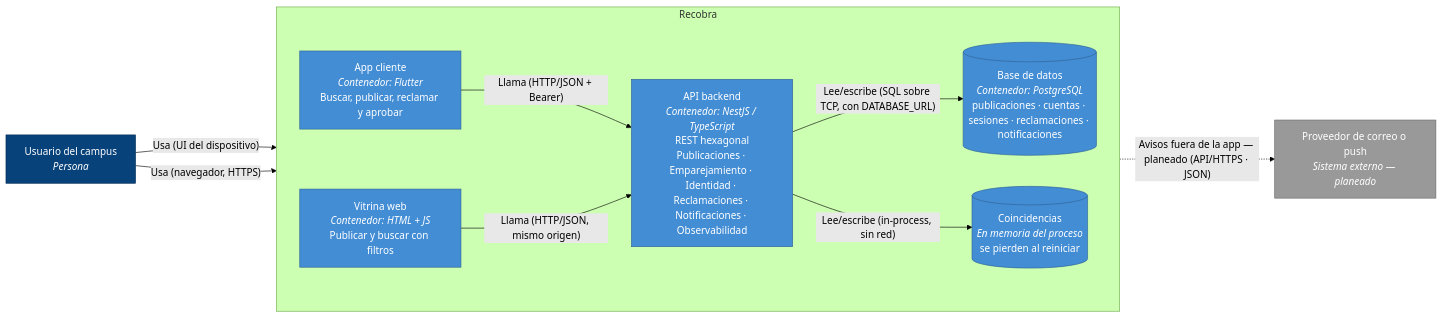
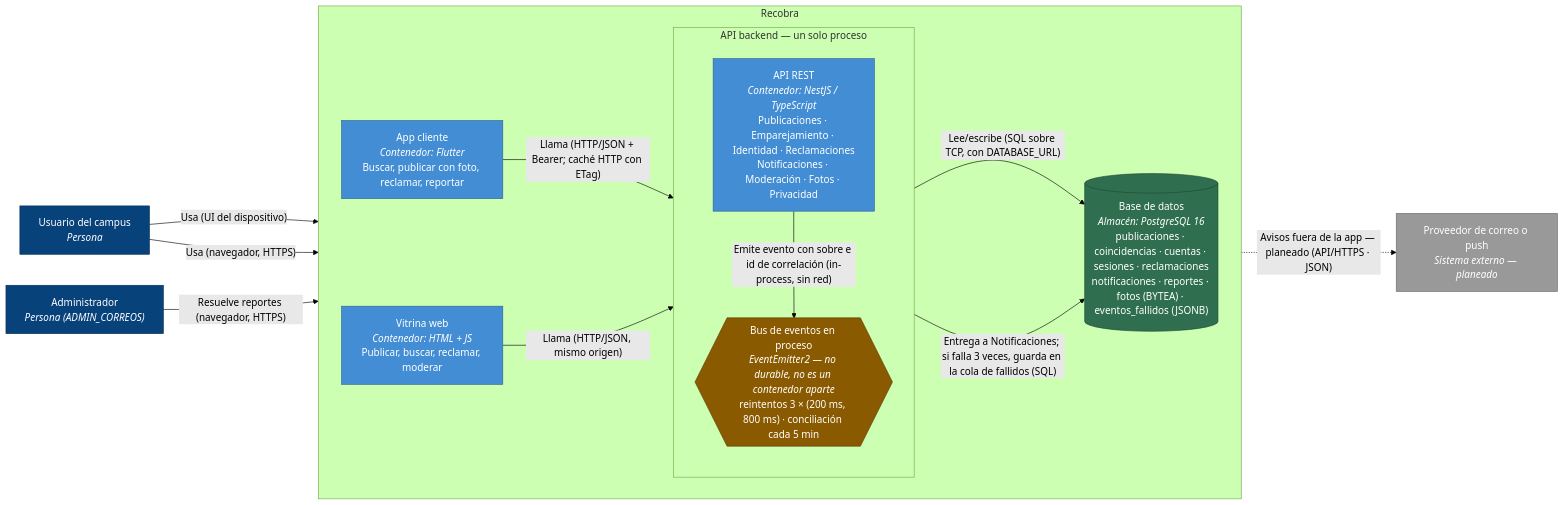
One commit to ISCOUTB/AS_202620_Recobra changed the diagram in docs/c4/C4-C2.md. Above: the diagram before and after it, drawn with Mermaid (forest theme). The commit also changed other lines of this file and 39 other files, not shown here.

First line of the commit message:
S12: cache con invalidacion, eventos con contrato, reintentos y cola de fallidos, y ADR de datos

````diff
--- a/docs/c4/C4-C2.md
+++ b/docs/c4/C4-C2.md
@@ -20,30 +22,40 @@
 ```mermaid
 flowchart LR
     usuario["Usuario del campus<br/><i>Persona</i>"]
+    admin["Administrador<br/><i>Persona (ADMIN_CORREOS)</i>"]
     notif["Proveedor de correo o push<br/><i>Sistema externo — planeado</i>"]
 
     subgraph recobra["Recobra"]
         direction LR
-        app["App cliente<br/><i>Contenedor: Flutter</i><br/>Buscar, publicar, reclamar y aprobar"]
-        web["Vitrina web<br/><i>Contenedor: HTML + JS</i><br/>Publicar y buscar con filtros"]
-        api["API backend<br/><i>Contenedor: NestJS / TypeScript</i><br/>REST hexagonal<br/>Publicaciones · Emparejamiento · Identidad · Reclamaciones · Notificaciones · Observabilidad"]
-        bd[("Base de datos<br/><i>Contenedor: PostgreSQL</i><br/>publicaciones · cuentas · sesiones · reclamaciones · notificaciones")]
-        mem[("Coincidencias<br/><i>En memoria del proceso</i><br/>se pierden al reiniciar")]
+        app["App cliente<br/><i>Contenedor: Flutter</i><br/>Buscar, publicar con foto, reclamar, reportar"]
+        web["Vitrina web<br/><i>Contenedor: HTML + JS</i><br/>Publicar, buscar, reclamar, moderar"]
+        subgraph apiProceso["API backend — un solo proceso"]
+            direction TB
+            api["API REST<br/><i>Contenedor: NestJS / TypeScript</i><br/>Publicaciones · Emparejamiento · Identidad · Reclamaciones<br/>Notificaciones · Moderación · Fotos · Privacidad"]
+            bus{{"Bus de eventos en proceso<br/><i>EventEmitter2 — no durable, no es un contenedor aparte</i><br/>reintentos 3 × (200 ms, 800 ms) · conciliación cada 5 min"}}
+        end
+        bd[("Base de datos<br/><i>Almacén: PostgreSQL 16</i><br/>publicaciones · coincidencias · cuentas · sesiones · reclamaciones<br/>notificaciones · reportes · fotos (BYTEA) · eventos_fallidos (JSONB)")]
     end
 
     usuario -->|"Usa (UI del dispositivo)"| app
     usuario -->|"Usa (navegador, HTTPS)"| web
-    app -->|"Llama (HTTP/JSON + Bearer)"| api
+    admin -->|"Resuelve reportes (navegador, HTTPS)"| web
+    app -->|"Llama (HTTP/JSON + Bearer; caché HTTP con ETag)"| api
     web -->|"Llama (HTTP/JSON, mismo origen)"| api
     api -->|"Lee/escribe (SQL sobre TCP, con DATABASE_URL)"| bd
-    api -->|"Lee/escribe (in-process, sin red)"| mem
+    api -->|"Emite evento con sobre e id de correlación (in-process, sin red)"| bus
+    bus -->|"Entrega a Notificaciones; si falla 3 veces, guarda en la cola de fallidos (SQL)"| bd
     api -.->|"Avisos fuera de la app — planeado (API/HTTPS · JSON)"| notif
 
     classDef persona fill:#08427b,color:#fff,stroke:#052e56;
     classDef contenedor fill:#438dd5,color:#fff,stroke:#2e6295;
+    classDef almacen fill:#2f6f4f,color:#fff,stroke:#1d4a34;
+    classDef broker fill:#8a5a00,color:#fff,stroke:#5c3c00;
     classDef externo fill:#999999,color:#fff,stroke:#6b6b6b;
 
-    class usuario persona;
-    class app,web,api,bd,mem contenedor;
+    class usuario,admin persona;
+    class app,web,api contenedor;
+    class bd almacen;
+    class bus broker;
     class notif externo;
 ```
````
